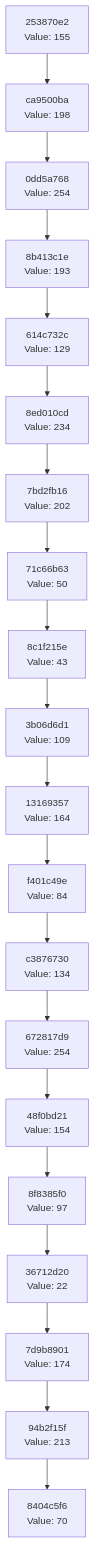
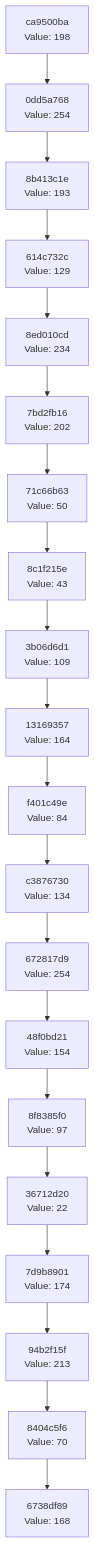
One commit to Abhisheksinha1506/hash-chain-evolver changed the diagram in docs/CHAIN_VISUALIZATION.md. Above: the diagram before and after it, drawn with Mermaid. The commit also changed 2 other files, not shown here.

Commit message:
Evolution Step

````diff
--- a/docs/CHAIN_VISUALIZATION.md
+++ b/docs/CHAIN_VISUALIZATION.md
@@ -3,42 +3,42 @@
 ```mermaid
 graph TD
-    C0["8404c5f6<br/>Value: 70"]
-    C1["94b2f15f<br/>Value: 213"]
+    C0["6738df89<br/>Value: 168"]
+    C1["8404c5f6<br/>Value: 70"]
     C1 --> C0
-    C2["7d9b8901<br/>Value: 174"]
+    C2["94b2f15f<br/>Value: 213"]
     C2 --> C1
-    C3["36712d20<br/>Value: 22"]
+    C3["7d9b8901<br/>Value: 174"]
     C3 --> C2
-    C4["8f8385f0<br/>Value: 97"]
+    C4["36712d20<br/>Value: 22"]
     C4 --> C3
-    C5["48f0bd21<br/>Value: 154"]
+    C5["8f8385f0<br/>Value: 97"]
     C5 --> C4
-    C6["672817d9<br/>Value: 254"]
+    C6["48f0bd21<br/>Value: 154"]
     C6 --> C5
-    C7["c3876730<br/>Value: 134"]
+    C7["672817d9<br/>Value: 254"]
     C7 --> C6
-    C8["f401c49e<br/>Value: 84"]
+    C8["c3876730<br/>Value: 134"]
     C8 --> C7
-    C9["13169357<br/>Value: 164"]
+    C9["f401c49e<br/>Value: 84"]
     C9 --> C8
-    C10["3b06d6d1<br/>Value: 109"]
+    C10["13169357<br/>Value: 164"]
     C10 --> C9
-    C11["8c1f215e<br/>Value: 43"]
+    C11["3b06d6d1<br/>Value: 109"]
     C11 --> C10
-    C12["71c66b63<br/>Value: 50"]
+    C12["8c1f215e<br/>Value: 43"]
     C12 --> C11
-    C13["7bd2fb16<br/>Value: 202"]
+    C13["71c66b63<br/>Value: 50"]
     C13 --> C12
-    C14["8ed010cd<br/>Value: 234"]
+    C14["7bd2fb16<br/>Value: 202"]
     C14 --> C13
-    C15["614c732c<br/>Value: 129"]
+    C15["8ed010cd<br/>Value: 234"]
     C15 --> C14
-    C16["8b413c1e<br/>Value: 193"]
+    C16["614c732c<br/>Value: 129"]
     C16 --> C15
-    C17["0dd5a768<br/>Value: 254"]
+    C17["8b413c1e<br/>Value: 193"]
     C17 --> C16
-    C18["ca9500ba<br/>Value: 198"]
+    C18["0dd5a768<br/>Value: 254"]
     C18 --> C17
-    C19["253870e2<br/>Value: 155"]
+    C19["ca9500ba<br/>Value: 198"]
     C19 --> C18
 ```
````
